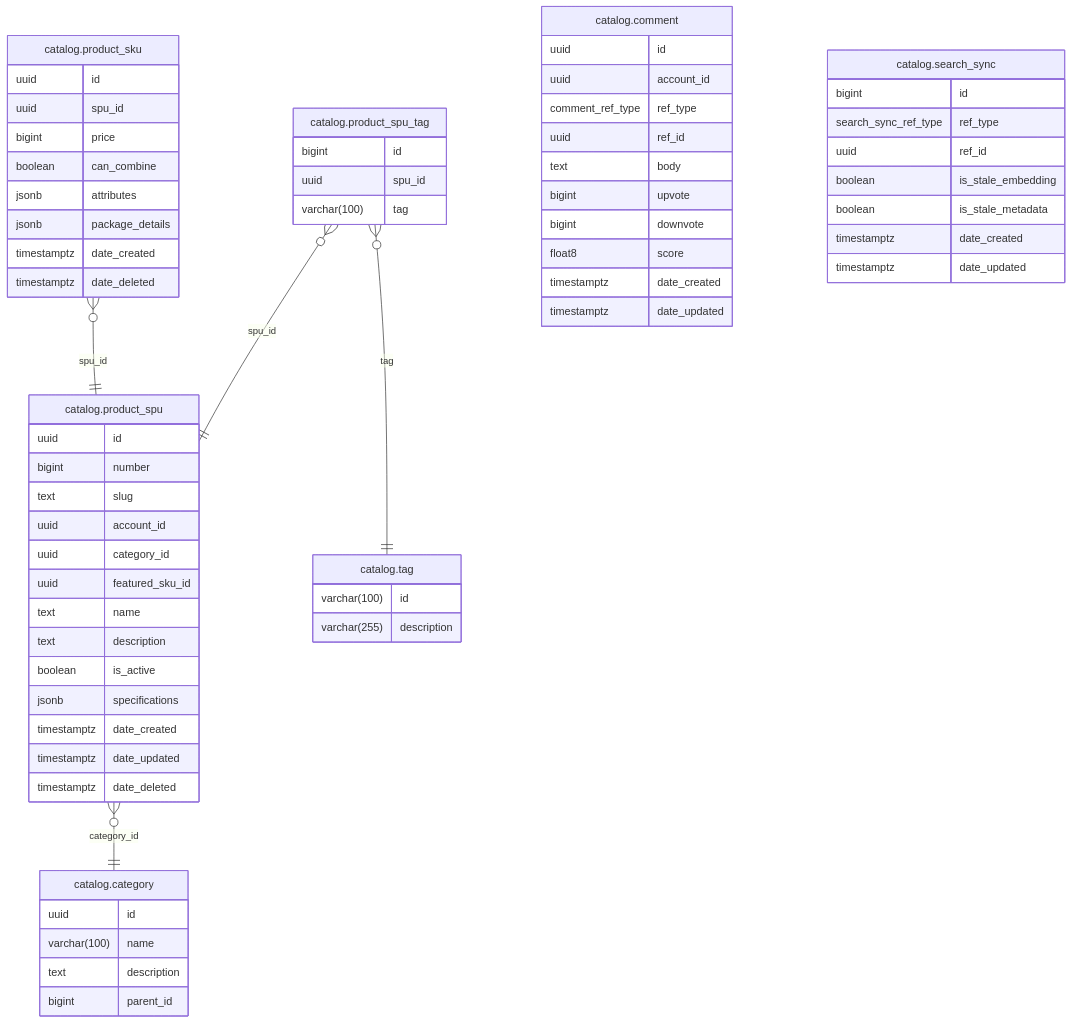
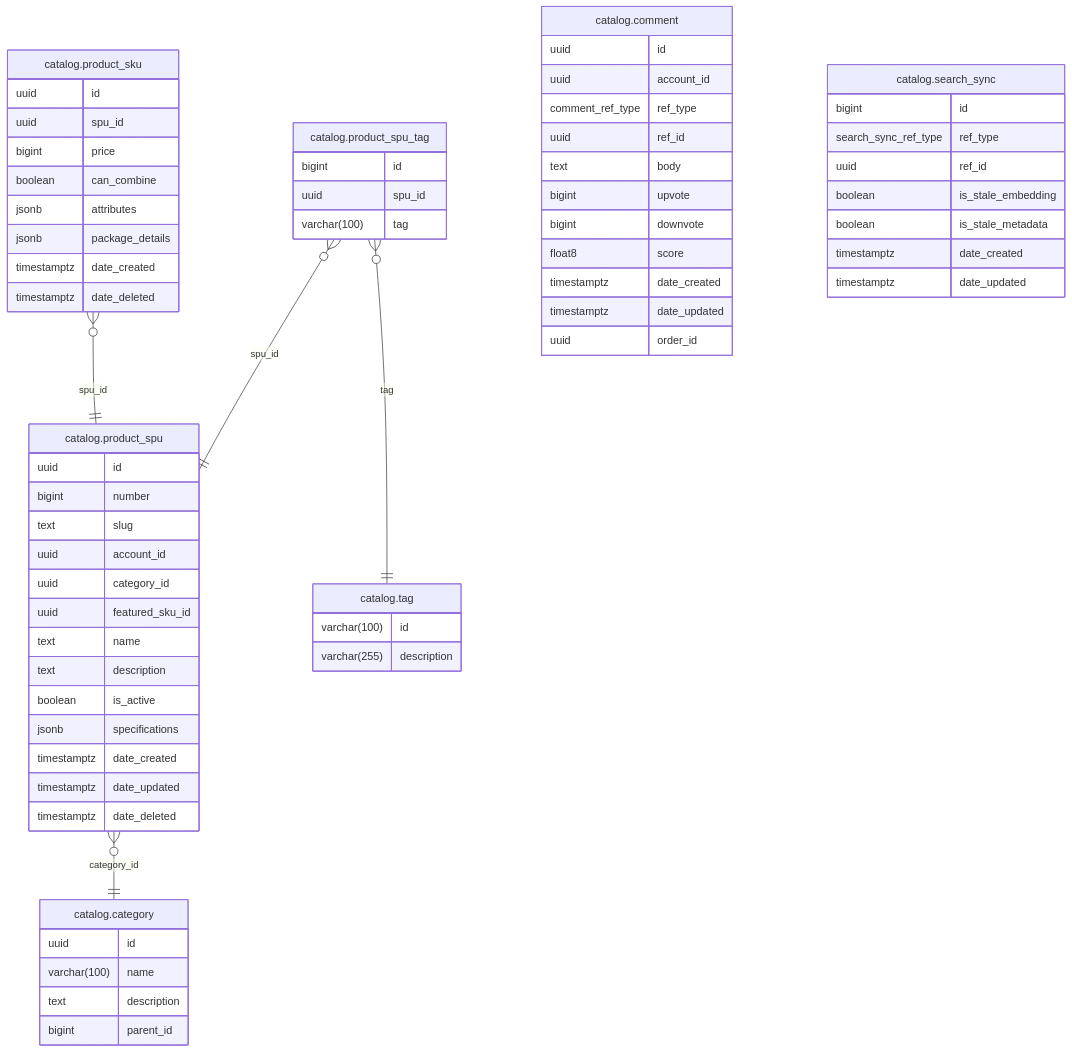
Before and after one commit to shopnexus/shopnexus-server: the diagram in internal/module/catalog/README.md, drawn with Mermaid. The commit also changed 2 other files, not shown here.

Commit message:
update schema

````diff
--- a/internal/module/catalog/README.md
+++ b/internal/module/catalog/README.md
@@ -11,69 +11,70 @@
 ```mermaid
 erDiagram
 "catalog.product_spu" }o--|| "catalog.category" : "category_id"
 "catalog.product_sku" }o--|| "catalog.product_spu" : "spu_id"
 "catalog.product_spu_tag" }o--|| "catalog.product_spu" : "spu_id"
 "catalog.product_spu_tag" }o--|| "catalog.tag" : "tag"
 
 "catalog.category" {
   uuid id
   varchar(100) name
   text description
   bigint parent_id
 }
 "catalog.comment" {
   uuid id
   uuid account_id
   comment_ref_type ref_type
   uuid ref_id
   text body
   bigint upvote
   bigint downvote
   float8 score
   timestamptz date_created
   timestamptz date_updated
+  uuid order_id
 }
 "catalog.product_sku" {
   uuid id
   uuid spu_id
   bigint price
   boolean can_combine
   jsonb attributes
   jsonb package_details
   timestamptz date_created
   timestamptz date_deleted
 }
 "catalog.product_spu" {
   uuid id
   bigint number
   text slug
   uuid account_id
   uuid category_id
   uuid featured_sku_id
   text name
   text description
   boolean is_active
   jsonb specifications
   timestamptz date_created
   timestamptz date_updated
   timestamptz date_deleted
 }
 "catalog.product_spu_tag" {
   bigint id
   uuid spu_id
   varchar(100) tag
 }
 "catalog.search_sync" {
   bigint id
   search_sync_ref_type ref_type
   uuid ref_id
   boolean is_stale_embedding
   boolean is_stale_metadata
   timestamptz date_created
   timestamptz date_updated
 }
 "catalog.tag" {
   varchar(100) id
   varchar(255) description
 }
 ```
````
